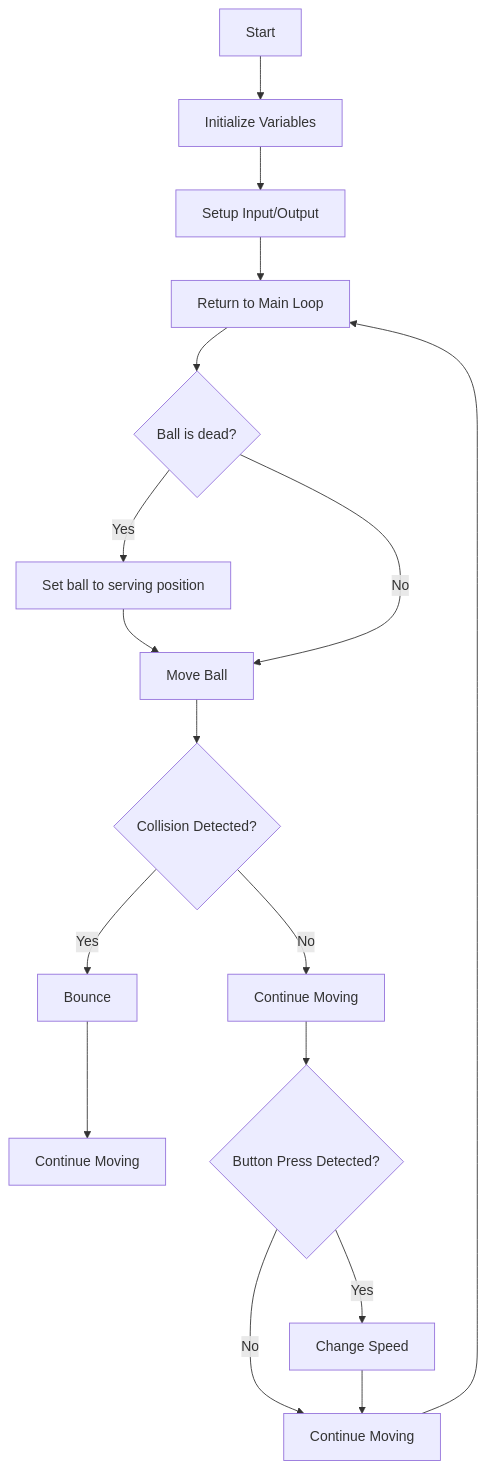
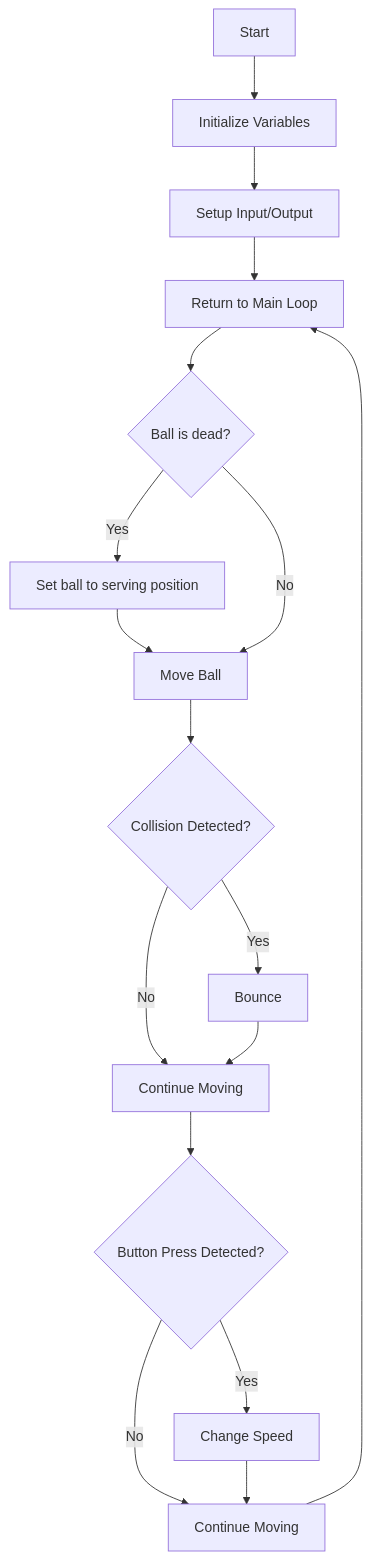
Before and after one commit to ssivtoo/Tennis-for-Two-by-Arduino-with-OLED: the diagram in README.md, drawn with Mermaid. The commit also changed other lines of this file and 5 other files, not shown here.

````diff
--- a/README.md
+++ b/README.md
@@ -61,19 +66,19 @@
 ```mermaid
 flowchart TB
     A[Start] --> B[Initialize Variables]
     B --> C[Setup Input/Output]
     C --> D[Start Main Loop]
     D --> E{Ball is dead?}
     E -- Yes --> F[Set ball to serving position]
     F --> G
     E -- No --> G[Move Ball]
     G --> H{Collision Detected?}
     H -- Yes --> I[Bounce]
     H -- No --> J[Continue Moving]
-    I --> K[Continue Moving]
+    I --> J
     J --> L{Button Press Detected?}
     L -- Yes --> M[Change Speed]
     L -- No --> N[Continue Moving]
     M --> N
     N --> D[Return to Main Loop]
 ```
````
